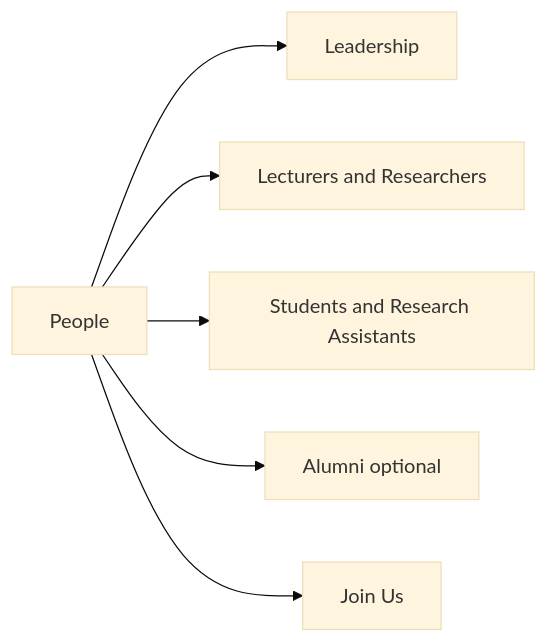
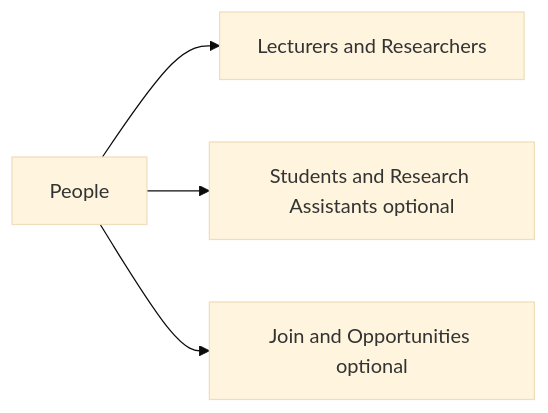
Before and after one commit to fhtm21/InnoLab: the fifth of 7 diagrams in conceptual/microsite_concept.md, drawn with Mermaid (base theme). The commit also changed other lines of this file and 3 other files, not shown here.

````diff
--- a/conceptual/microsite_concept.md
+++ b/conceptual/microsite_concept.md
@@ -139,8 +128,6 @@
 ```mermaid
 flowchart LR
-  P[People] --> P1[Leadership]
-  P --> P2[Lecturers and Researchers]
-  P --> P3[Students and Research Assistants]
-  P --> P4[Alumni optional]
-  P --> P5[Join Us]
+  P[People] --> P1[Lecturers and Researchers]
+  P --> P2[Students and Research Assistants optional]
+  P --> P3[Join and Opportunities optional]
 ```
````
